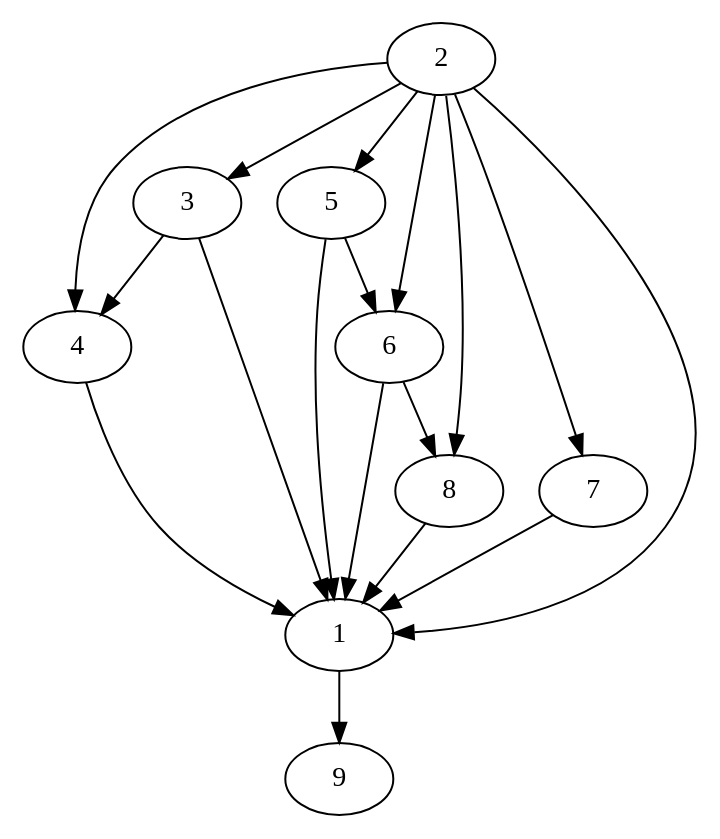
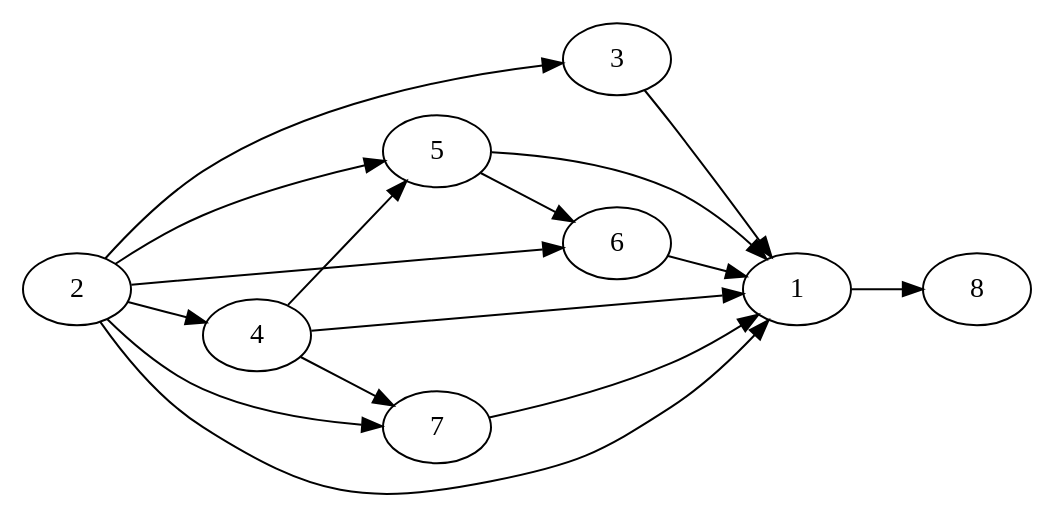
The diagram in coursework/progress-report-2/dependencies.dot (MichaelRawson/phd), drawn with Graphviz before and after one commit. The commit also changed 2 other files, not shown here.

```diff
--- a/coursework/progress-report-2/dependencies.dot
+++ b/coursework/progress-report-2/dependencies.dot
@@ -1,20 +1,20 @@
 digraph deps {
+	rankdir="LR";
+
 	2 -> 3;
 	2 -> 4;
 	2 -> 5;
 	2 -> 6;
 	2 -> 7;
-	2 -> 8;
 	2 -> 1;
 	3 -> 1;
 	4 -> 1;
 	5 -> 1;
 	6 -> 1;
 	7 -> 1;
-	8 -> 1;
 
-	3 -> 4;
+	4 -> 5;
 	5 -> 6;
-	6 -> 8;
-	1 -> 9;
+	4 -> 7;
+	1 -> 8;
 }
```
